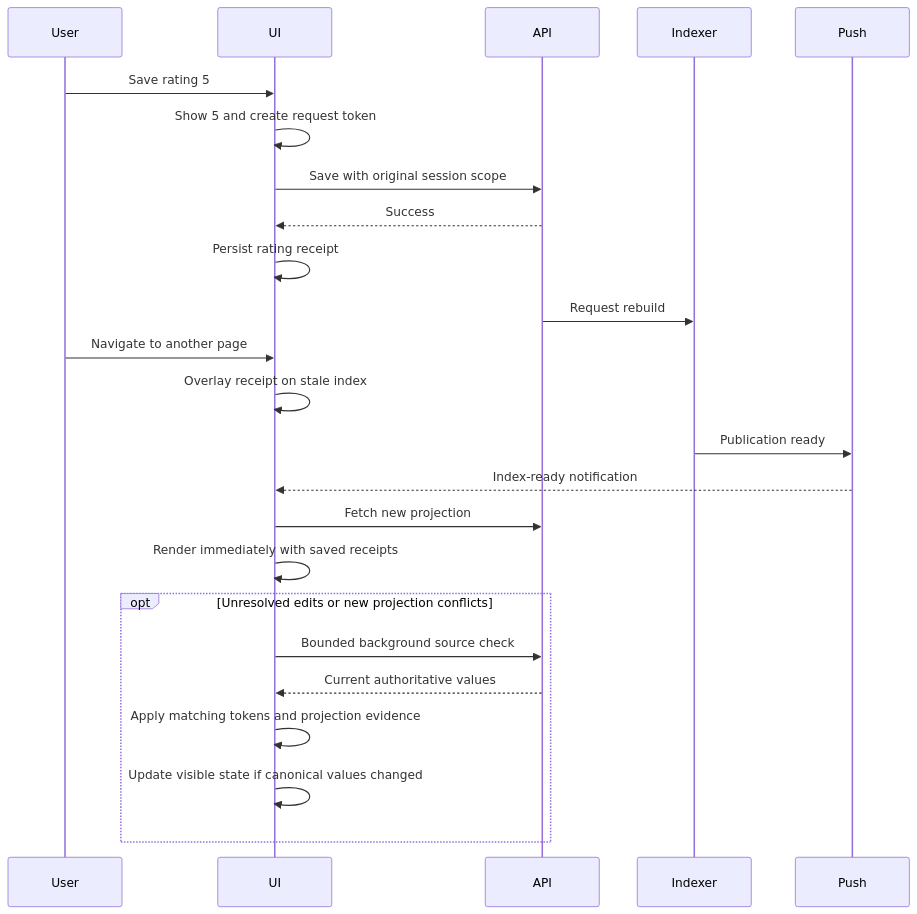
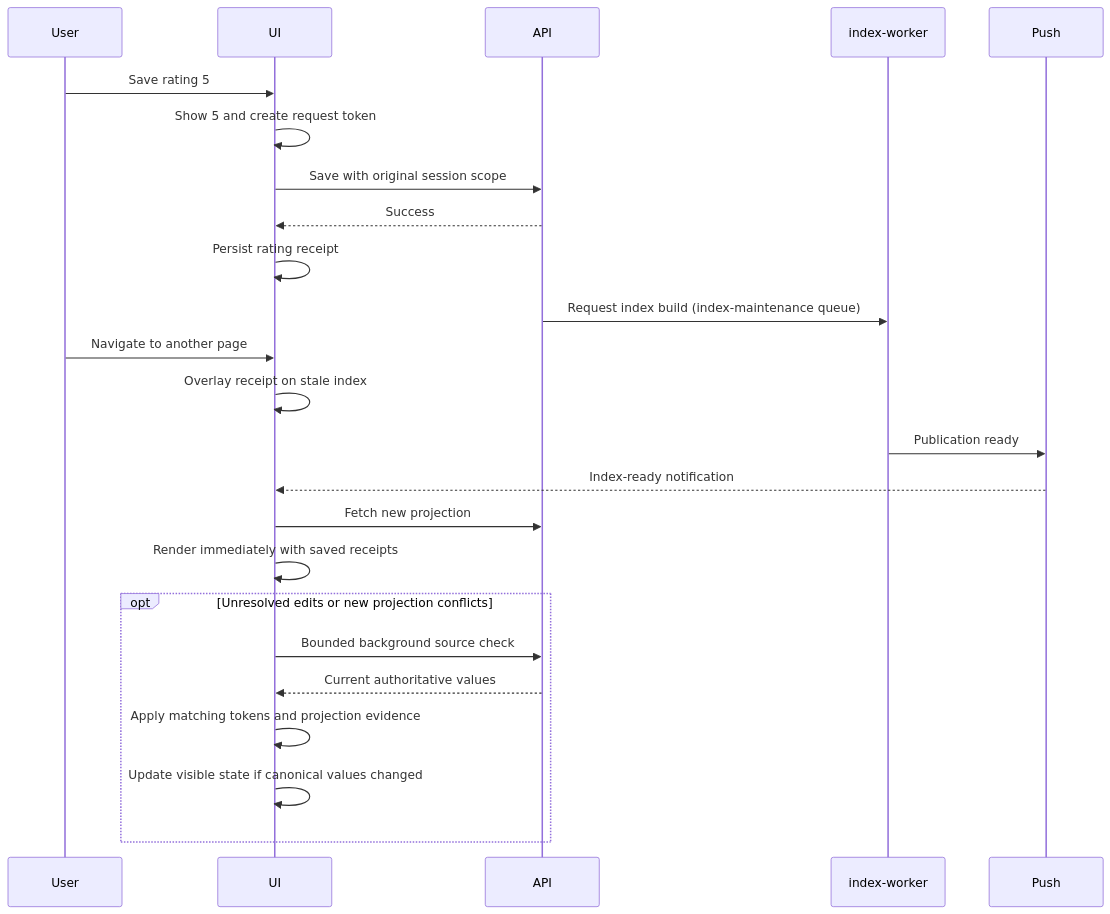
Before and after one commit to Git4Rajat/photostore: the second of 2 diagrams in docs/ui-index-consistency.md, drawn with Mermaid. The commit also changed other lines of this file and 5 other files, not shown here.

First line of the commit message:
Docs: bring architecture docs and diagrams up to the current role split

````diff
--- a/docs/ui-index-consistency.md
+++ b/docs/ui-index-consistency.md
@@ -22,26 +22,26 @@
 ```mermaid
 sequenceDiagram
     participant User
     participant UI
     participant API
-    participant Indexer
+    participant IndexWorker as index-worker
     participant Push
     User->>UI: Save rating 5
     UI->>UI: Show 5 and create request token
     UI->>API: Save with original session scope
     API-->>UI: Success
     UI->>UI: Persist rating receipt
-    API->>Indexer: Request rebuild
+    API->>IndexWorker: Request index build (index-maintenance queue)
     User->>UI: Navigate to another page
     UI->>UI: Overlay receipt on stale index
-    Indexer->>Push: Publication ready
+    IndexWorker->>Push: Publication ready
     Push-->>UI: Index-ready notification
     UI->>API: Fetch new projection
     UI->>UI: Render immediately with saved receipts
     opt Unresolved edits or new projection conflicts
         UI->>API: Bounded background source check
         API-->>UI: Current authoritative values
         UI->>UI: Apply matching tokens and projection evidence
         UI->>UI: Update visible state if canonical values changed
     end
 ```
````
